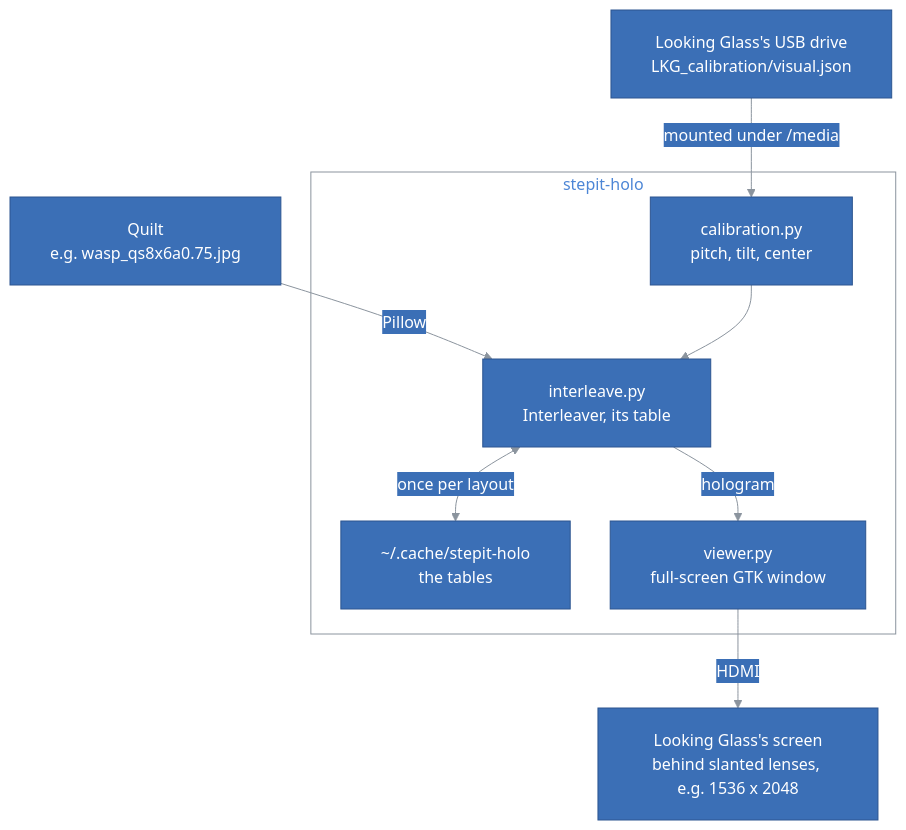
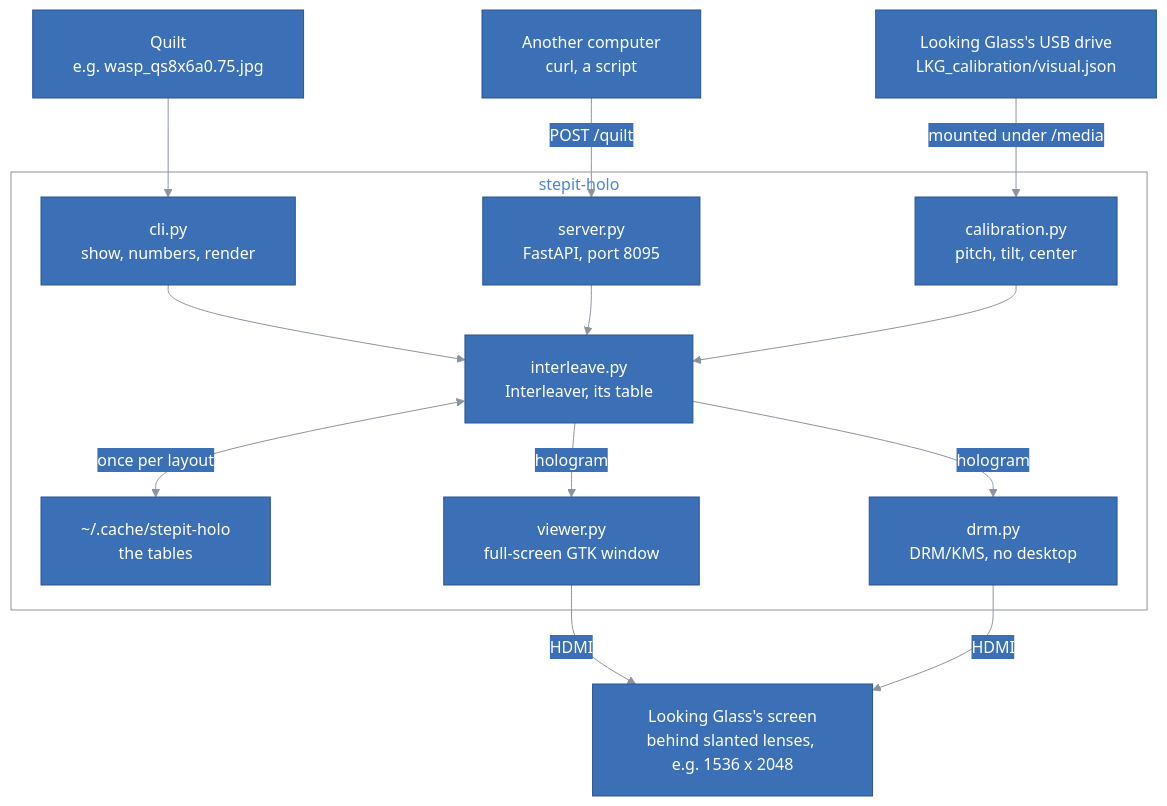
The diagram in docs/ARCHITECTURE.md (kineticsystem/holo-pi), drawn with Mermaid before and after one commit. The commit also changed other lines of this file and 15 other files, not shown here.

First line of the commit message:
Show quilts without a desktop, and from other computers over HTTP

````diff
--- a/docs/ARCHITECTURE.md
+++ b/docs/ARCHITECTURE.md
@@ -84,20 +88,29 @@
 ---
 flowchart TB
     Quilt["Quilt<br/>e.g. wasp_qs8x6a0.75.jpg"]
+    Client["Another computer<br/>curl, a script"]
     Drive["Looking Glass's USB drive<br/>LKG_calibration/visual.json"]
     subgraph Holo["stepit-holo"]
+        CLI["cli.py<br/>show, numbers, render"]
+        Server["server.py<br/>FastAPI, port 8095"]
         Calibration["calibration.py<br/>pitch, tilt, center"]
         Interleaver["interleave.py<br/>Interleaver, its table"]
         Cache["~/.cache/stepit-holo<br/>the tables"]
         Viewer["viewer.py<br/>full-screen GTK window"]
+        DRM["drm.py<br/>DRM/KMS, no desktop"]
     end
     Screen["Looking Glass's screen<br/>behind slanted lenses, e.g. 1536 x 2048"]
+    Quilt --> CLI
+    Client -- "POST /quilt" --> Server
     Drive -- "mounted under /media" --> Calibration
-    Quilt -- "Pillow" --> Interleaver
+    CLI --> Interleaver
+    Server --> Interleaver
     Calibration --> Interleaver
     Interleaver <-- "once per layout" --> Cache
     Interleaver -- "hologram" --> Viewer
+    Interleaver -- "hologram" --> DRM
     Viewer -- "HDMI" --> Screen
+    DRM -- "HDMI" --> Screen
 
     classDef default fill:#3b6fb6,stroke:#2c5590,color:#ffffff
 ```
````
